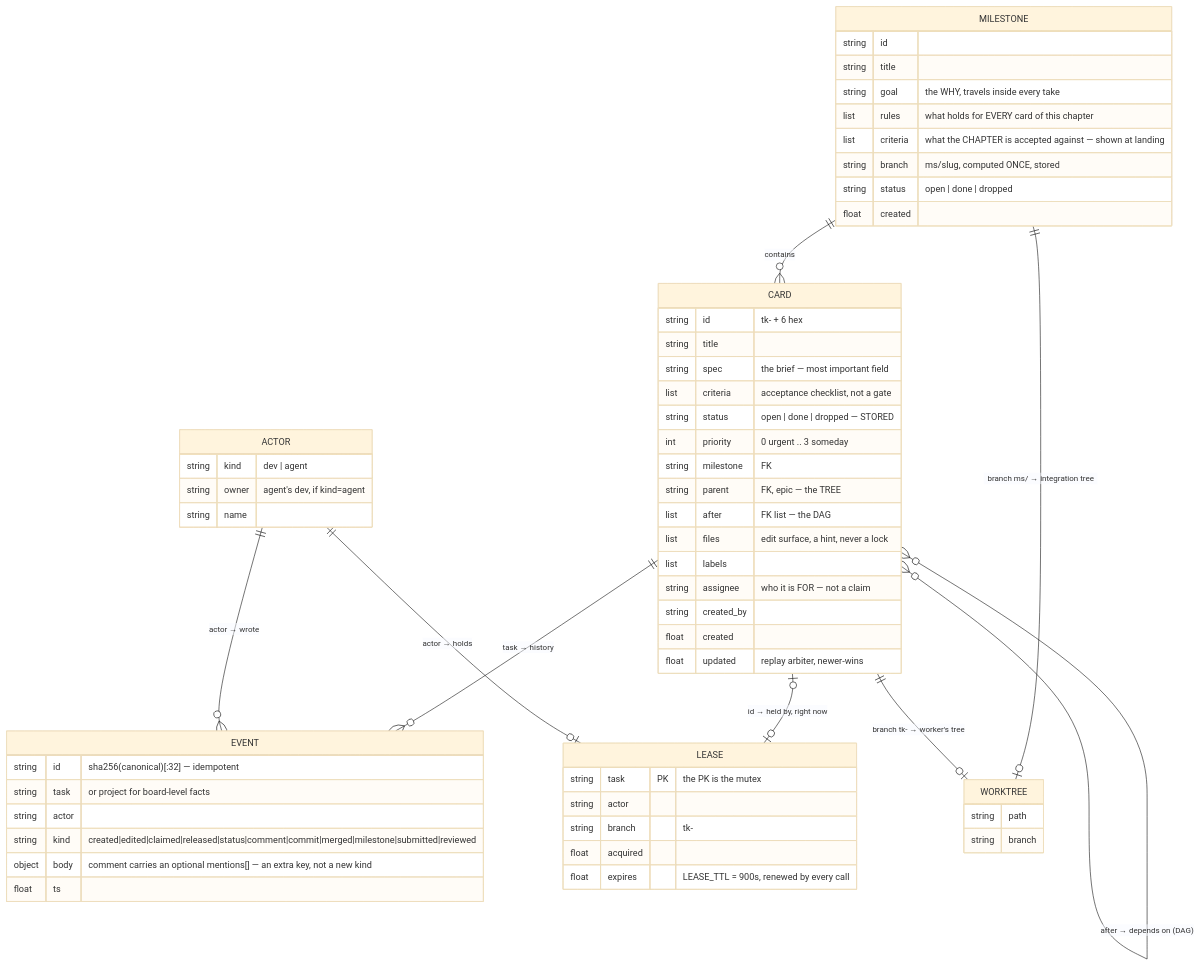
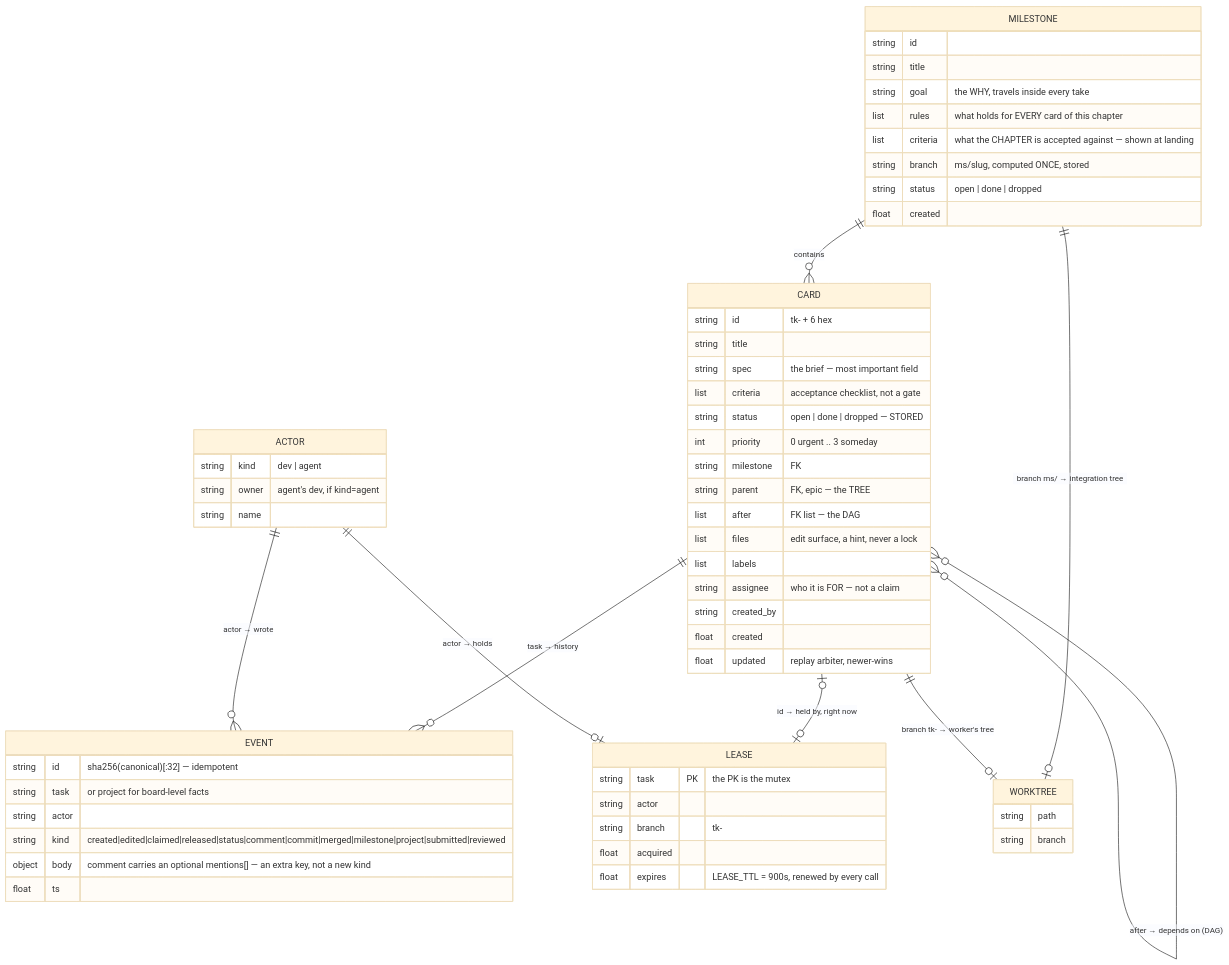
One commit to bernatch22/taskops changed the first of 8 diagrams in ARCHITECTURE.md. Above: the diagram before and after it, drawn with Mermaid (base theme). The commit also changed other lines of this file and 4 other files, not shown here.

````diff
--- a/ARCHITECTURE.md
+++ b/ARCHITECTURE.md
@@ -69,64 +69,64 @@
 ```mermaid
 erDiagram
     MILESTONE ||--o{ CARD : "contains"
     CARD ||--o{ CARD : "parent → subtasks (tree)"
     CARD }o--o{ CARD : "after → depends on (DAG)"
     CARD ||--o{ EVENT : "task → history"
     CARD |o--o| LEASE : "id → held by, right now"
     ACTOR ||--o{ EVENT : "actor → wrote"
     ACTOR ||--o| LEASE : "actor → holds"
     MILESTONE ||--o| WORKTREE : "branch ms/<slug> → integration tree"
     CARD ||--o| WORKTREE : "branch tk-<id> → worker's tree"
 
     MILESTONE {
         string id
         string title
         string goal "the WHY, travels inside every take"
         list rules "what holds for EVERY card of this chapter"
         list criteria "what the CHAPTER is accepted against — shown at landing"
         string branch "ms/slug, computed ONCE, stored"
         string status "open | done | dropped"
         float created
     }
     CARD {
         string id "tk- + 6 hex"
         string title
         string spec "the brief — most important field"
         list criteria "acceptance checklist, not a gate"
         string status "open | done | dropped — STORED"
         int priority "0 urgent .. 3 someday"
         string milestone "FK"
         string parent "FK, epic — the TREE"
         list after "FK list — the DAG"
         list files "edit surface, a hint, never a lock"
         list labels
         string assignee "who it is FOR — not a claim"
         string created_by
         float created
         float updated "replay arbiter, newer-wins"
     }
     EVENT {
         string id "sha256(canonical)[:32] — idempotent"
         string task "or project for board-level facts"
         string actor
-        string kind "created|edited|claimed|released|status|comment|commit|merged|milestone|submitted|reviewed"
+        string kind "created|edited|claimed|released|status|comment|commit|merged|milestone|project|submitted|reviewed"
         object body "comment carries an optional mentions[] — an extra key, not a new kind"
         float ts
     }
     LEASE {
         string task PK "the PK is the mutex"
         string actor
         string branch "tk-<id>"
         float acquired
         float expires "LEASE_TTL = 900s, renewed by every call"
     }
     ACTOR {
         string kind "dev | agent"
         string owner "agent's dev, if kind=agent"
         string name
     }
     WORKTREE {
         string path
         string branch
     }
 ```
````
